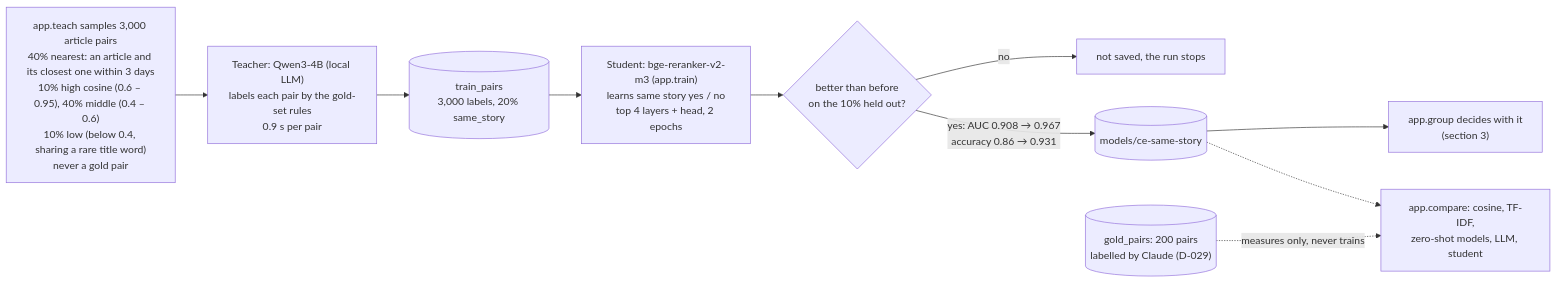
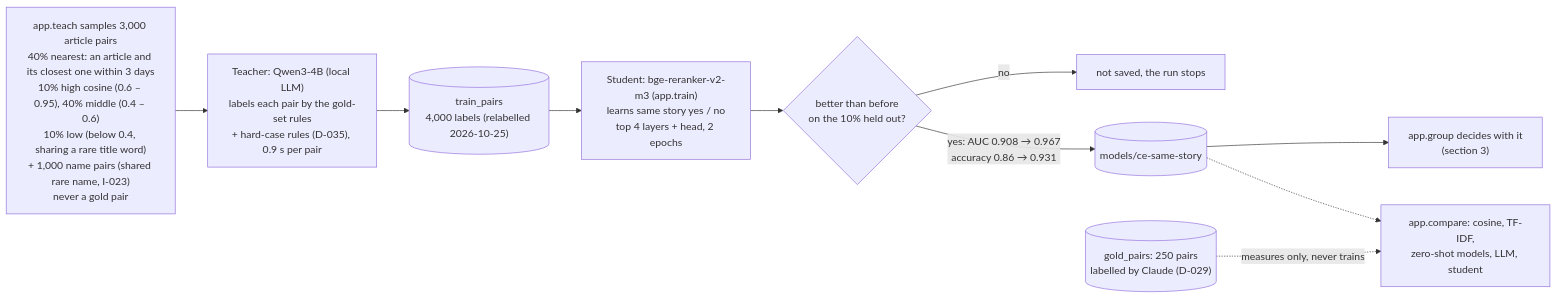
One commit to joybratasarkar/smriti changed the sixth of 11 diagrams in docs/WORKFLOW.md. Above: the diagram before and after it, drawn with Mermaid. The commit also changed other lines of this file and 8 other files, not shown here.

First line of the commit message:
Handoff: fix shared-name joins (I-023), teach the teacher hard cases (D-034, D-035)

````diff
--- a/docs/WORKFLOW.md
+++ b/docs/WORKFLOW.md
@@ -160,12 +162,12 @@
 ```mermaid
 flowchart LR
-    P["app.teach samples 3,000 article pairs<br/>40% nearest: an article and its closest one within 3 days<br/>10% high cosine (0.6 – 0.95), 40% middle (0.4 – 0.6)<br/>10% low (below 0.4, sharing a rare title word)<br/>never a gold pair"] --> T["Teacher: Qwen3-4B (local LLM)<br/>labels each pair by the gold-set rules<br/>0.9 s per pair"]
-    T --> D[("train_pairs<br/>3,000 labels, 20% same_story")]
+    P["app.teach samples 3,000 article pairs<br/>40% nearest: an article and its closest one within 3 days<br/>10% high cosine (0.6 – 0.95), 40% middle (0.4 – 0.6)<br/>10% low (below 0.4, sharing a rare title word)<br/>+ 1,000 name pairs (shared rare name, I-023)<br/>never a gold pair"] --> T["Teacher: Qwen3-4B (local LLM)<br/>labels each pair by the gold-set rules<br/>+ hard-case rules (D-035), 0.9 s per pair"]
+    T --> D[("train_pairs<br/>4,000 labels (relabelled 2026-10-25)")]
     D --> S["Student: bge-reranker-v2-m3 (app.train)<br/>learns same story yes / no<br/>top 4 layers + head, 2 epochs"]
     S --> C{"better than before<br/>on the 10% held out?"}
     C -- "no" --> STOP["not saved, the run stops"]
     C -- "yes: AUC 0.908 → 0.967<br/>accuracy 0.86 → 0.931" --> M[("models/ce-same-story")]
     M --> G["app.group decides with it<br/>(section 3)"]
-    GOLD[("gold_pairs: 200 pairs<br/>labelled by Claude (D-029)")] -. "measures only, never trains" .-> CMP["app.compare: cosine, TF-IDF,<br/>zero-shot models, LLM, student"]
+    GOLD[("gold_pairs: 250 pairs<br/>labelled by Claude (D-029)")] -. "measures only, never trains" .-> CMP["app.compare: cosine, TF-IDF,<br/>zero-shot models, LLM, student"]
     M -.-> CMP
 ```
````
